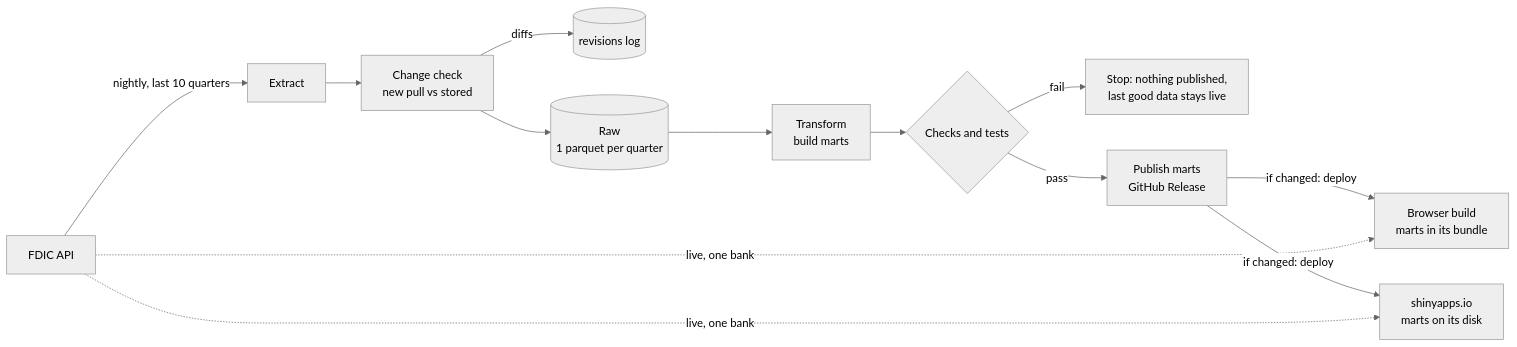
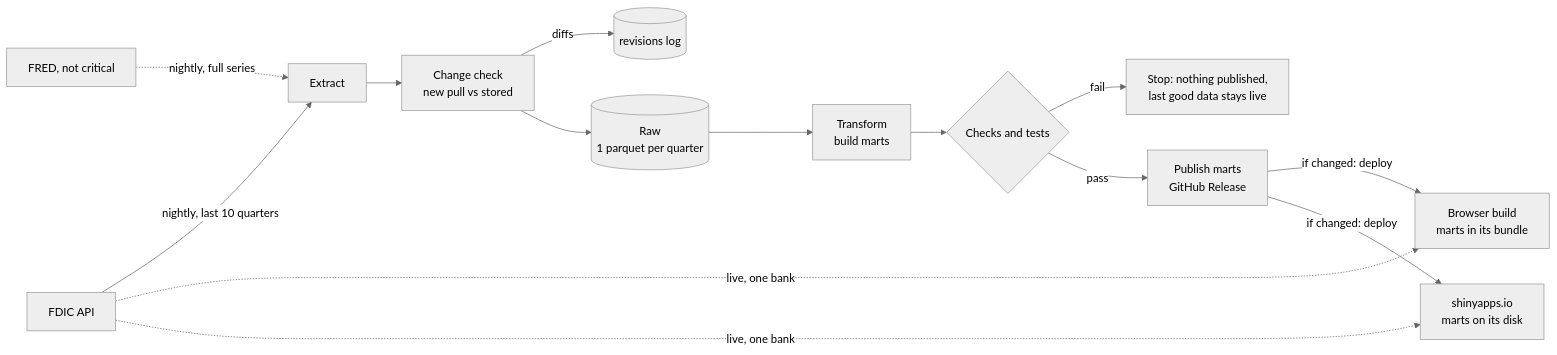
One commit to dan-burk/bank-check changed the diagram in pipeline/README.md. Above: the diagram before and after it, drawn with Mermaid (neutral theme). The commit also changed other lines of this file and 14 other files, not shown here.

First line of the commit message:
Pipeline: source registry, non-critical failure handling, FRED and rates_monthly

````diff
--- a/pipeline/README.md
+++ b/pipeline/README.md
@@ -8,15 +9,16 @@
 ```mermaid
 flowchart LR
   FDIC[FDIC API] -->|nightly, last 10 quarters| X[Extract]
+  FRED[FRED, not critical] -.->|nightly, full series| X
   X --> C[Change check<br/>new pull vs stored]
   C -->|diffs| REV[(revisions log)]
   C --> RAW[(Raw<br/>1 parquet per quarter)]
   RAW --> T[Transform<br/>build marts]
   T --> I{Checks and tests}
   I -->|fail| STOP[Stop: nothing published,<br/>last good data stays live]
   I -->|pass| PUB[Publish marts<br/>GitHub Release]
   PUB -->|if changed: deploy| PAGES[Browser build<br/>marts in its bundle]
   PUB -->|if changed: deploy| SAPP[shinyapps.io<br/>marts on its disk]
   FDIC -.->|live, one bank| PAGES
   FDIC -.->|live, one bank| SAPP
 ```
````
